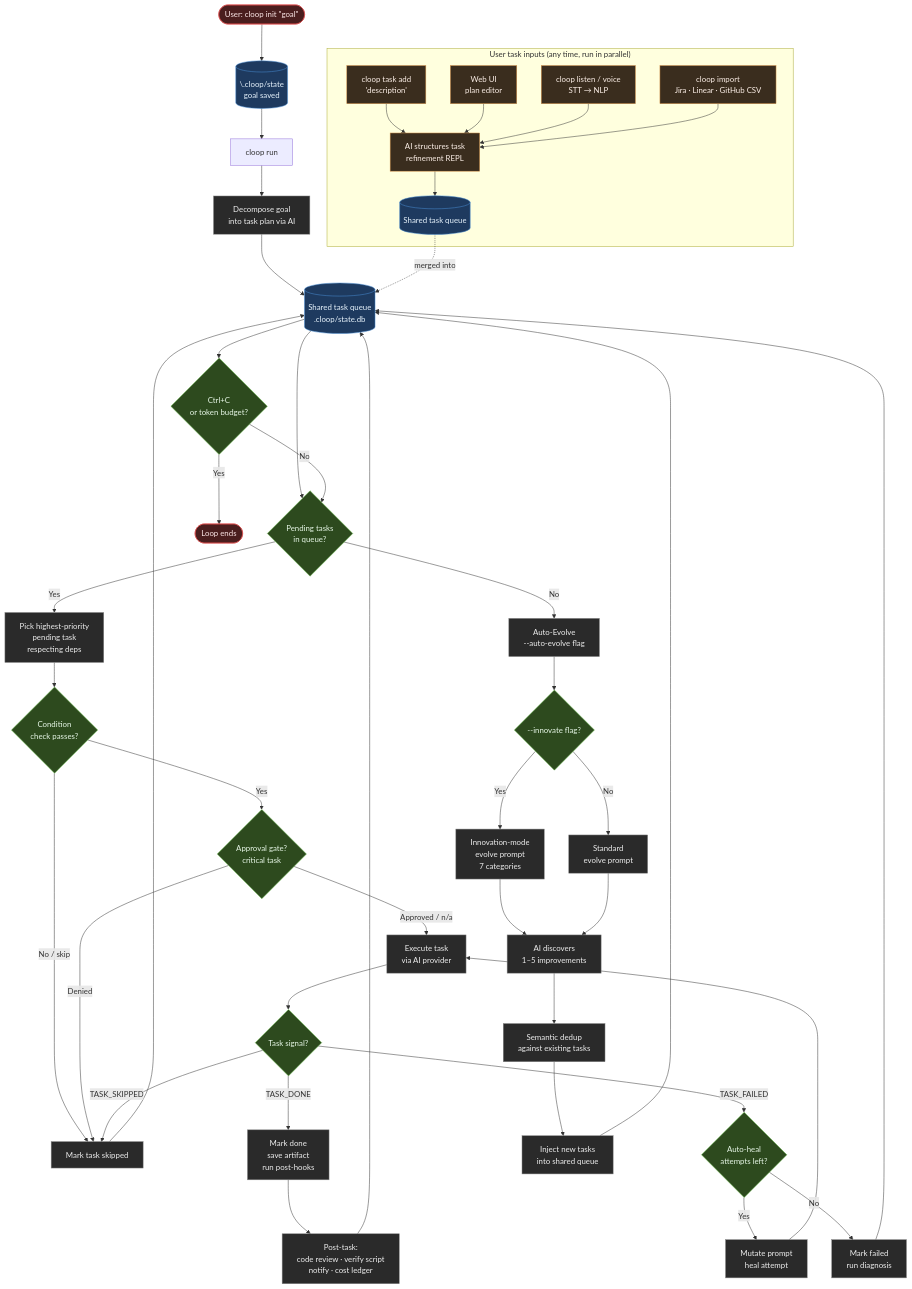
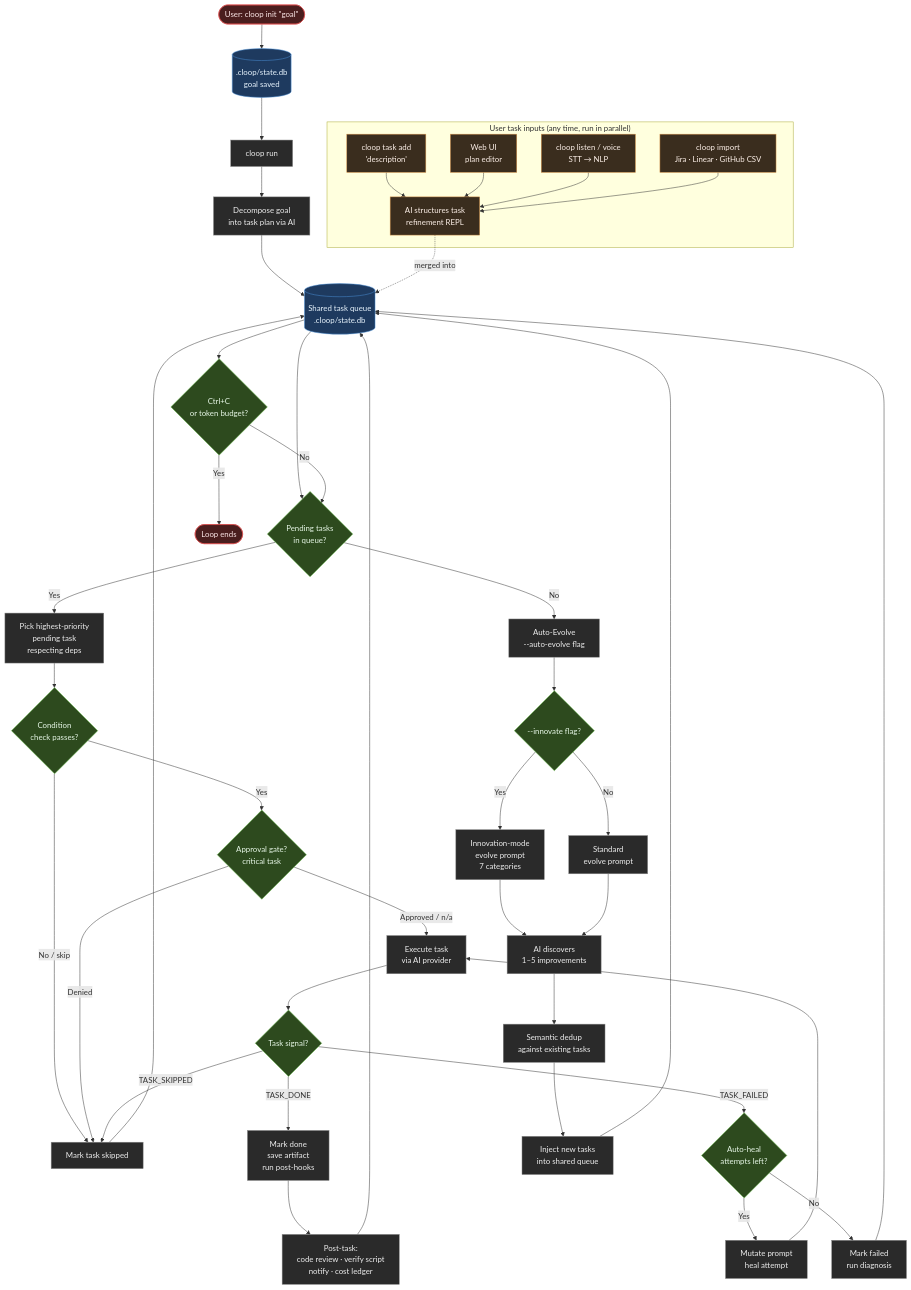
Before and after one commit to blechschmidt/cloop: the diagram in README.md, drawn with Mermaid. The commit also changed 10 other files, not shown here.

````diff
--- a/README.md
+++ b/README.md
@@ -47,74 +47,73 @@
 ```mermaid
 flowchart TD
     %% ── Entry points ──────────────────────────────────────────────
-    A([User: cloop init &quot;goal&quot;]) --> B[(\.cloop/state\ngoal saved)]
-    B --> C[cloop run]
+    A(["User: cloop init &quot;goal&quot;"]) --> B[(".cloop/state.db<br/>goal saved")]
+    B --> C["cloop run"]
 
     %% ── Run startup ───────────────────────────────────────────────
-    C --> F[Decompose goal\ninto task plan via AI]
+    C --> F["Decompose goal<br/>into task plan via AI"]
 
     %% ── PM task loop ──────────────────────────────────────────────
-    F --> G[(Shared task queue\n.cloop/state.db)]
+    F --> G[("Shared task queue<br/>.cloop/state.db")]
 
-    G --> H{Pending tasks\nin queue?}
-    H -- No --> AE[Auto-Evolve\n--auto-evolve flag]
-    H -- Yes --> I[Pick highest-priority\npending task\nrespecting deps]
+    G --> H{"Pending tasks<br/>in queue?"}
+    H -- No --> AE["Auto-Evolve<br/>--auto-evolve flag"]
+    H -- Yes --> I["Pick highest-priority<br/>pending task<br/>respecting deps"]
 
-    I --> J{Condition\ncheck passes?}
-    J -- No / skip --> K[Mark task skipped]
+    I --> J{"Condition<br/>check passes?"}
+    J -- "No / skip" --> K["Mark task skipped"]
     K --> G
 
-    J -- Yes --> L{Approval gate?\ncritical task}
+    J -- Yes --> L{"Approval gate?<br/>critical task"}
     L -- Denied --> K
-    L -- Approved / n/a --> M[Execute task\nvia AI provider]
+    L -- "Approved / n/a" --> M["Execute task<br/>via AI provider"]
 
-    M --> N{Task signal?}
-    N -- TASK_DONE --> O[Mark done\nsave artifact\nrun post-hooks]
-    N -- TASK_FAILED --> P{Auto-heal\nattempts left?}
+    M --> N{"Task signal?"}
+    N -- TASK_DONE --> O["Mark done<br/>save artifact<br/>run post-hooks"]
+    N -- TASK_FAILED --> P{"Auto-heal<br/>attempts left?"}
     N -- TASK_SKIPPED --> K
 
-    P -- Yes --> Q[Mutate prompt\nheal attempt]
+    P -- Yes --> Q["Mutate prompt<br/>heal attempt"]
     Q --> M
-    P -- No --> R[Mark failed\nrun diagnosis]
+    P -- No --> R["Mark failed<br/>run diagnosis"]
     R --> G
 
-    O --> S[Post-task:\ncode review · verify script\nnotify · cost ledger]
+    O --> S["Post-task:<br/>code review · verify script<br/>notify · cost ledger"]
     S --> G
 
     %% ── Auto-Evolve ───────────────────────────────────────────────
-    AE --> AE1{--innovate flag?}
-    AE1 -- Yes --> AE2[Innovation-mode\nevolve prompt\n7 categories]
-    AE1 -- No  --> AE3[Standard\nevolve prompt]
-    AE2 & AE3 --> AE4[AI discovers\n1–5 improvements]
-    AE4 --> AE5[Semantic dedup\nagainst existing tasks]
-    AE5 --> AE6[Inject new tasks\ninto shared queue]
+    AE --> AE1{"--innovate flag?"}
+    AE1 -- Yes --> AE2["Innovation-mode<br/>evolve prompt<br/>7 categories"]
+    AE1 -- No --> AE3["Standard<br/>evolve prompt"]
+    AE2 & AE3 --> AE4["AI discovers<br/>1–5 improvements"]
+    AE4 --> AE5["Semantic dedup<br/>against existing tasks"]
+    AE5 --> AE6["Inject new tasks<br/>into shared queue"]
     AE6 --> G
 
     %% ── User task input path (parallel) ──────────────────────────
-    subgraph USER ["User task inputs  (any time, run in parallel)"]
-        U1[cloop task add\n'description'] --> UA[AI structures task\nrefinement REPL]
-        U2[Web UI\nplan editor] --> UA
-        U3[cloop listen / voice\nSTT → NLP] --> UA
-        U4[cloop import\nJira · Linear · GitHub CSV] --> UA
-        UA --> UB[(Shared task queue)]
+    subgraph USER ["User task inputs (any time, run in parallel)"]
+        U1["cloop task add<br/>'description'"] --> UA["AI structures task<br/>refinement REPL"]
+        U2["Web UI<br/>plan editor"] --> UA
+        U3["cloop listen / voice<br/>STT → NLP"] --> UA
+        U4["cloop import<br/>Jira · Linear · GitHub CSV"] --> UA
     end
-    UB -.->|merged into| G
+    UA -.->|merged into| G
 
     %% ── Loop termination ──────────────────────────────────────────
-    G --> TC{Ctrl+C\nor token budget?}
-    TC -- Yes --> Z([Loop ends])
+    G --> TC{"Ctrl+C<br/>or token budget?"}
+    TC -- Yes --> Z(["Loop ends"])
     TC -- No --> H
 
     %% ── Styles ────────────────────────────────────────────────────
     classDef queue fill:#1e3a5f,stroke:#4a90d9,color:#e8f4fd
     classDef decision fill:#2d4a1e,stroke:#6abf4b,color:#e8f8e8
     classDef action fill:#2a2a2a,stroke:#888,color:#eee
     classDef endpoint fill:#4a1e1e,stroke:#d94a4a,color:#fde8e8
     classDef user fill:#3a2d1e,stroke:#d9944a,color:#fdf0e8
 
-    class G,B,UB queue
+    class G,B queue
     class H,J,L,N,P,AE1,TC decision
-    class F,I,M,O,S,AE,AE2,AE3,AE4,AE5,AE6,Q,R,K action
+    class C,F,I,M,O,S,AE,AE2,AE3,AE4,AE5,AE6,Q,R,K action
     class A,Z endpoint
     class U1,U2,U3,U4,UA user
 ```
````
